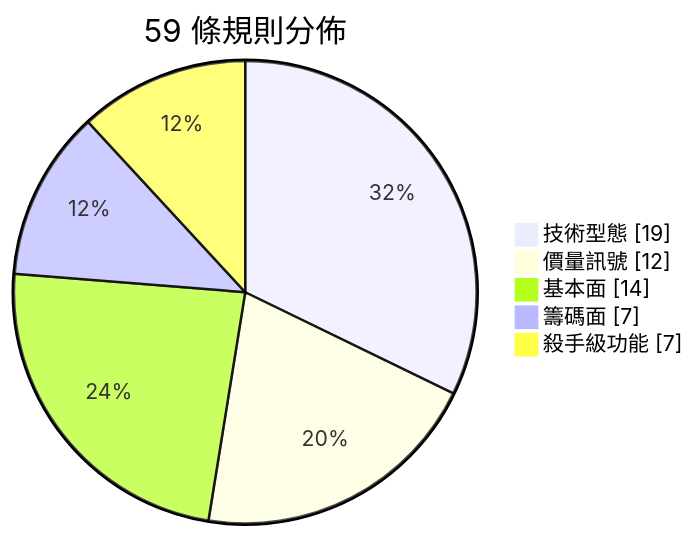
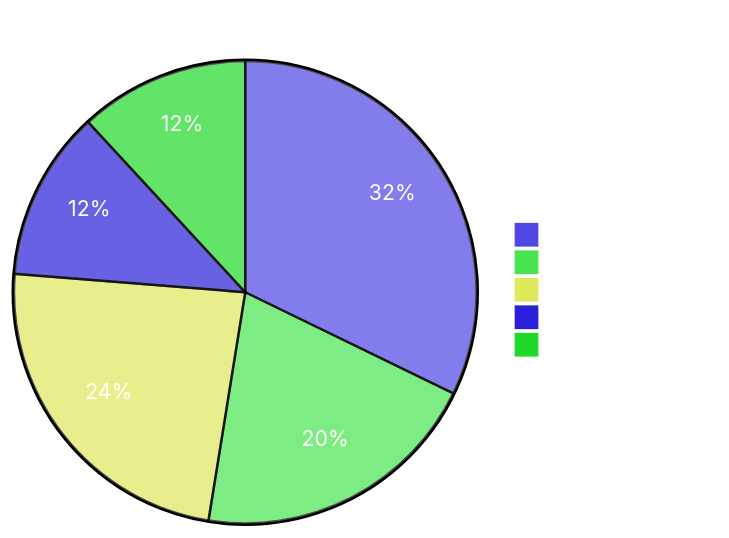
The second of 3 diagrams in docs/RULE_ENGINE.md (Neal75418/afterclose), drawn with Mermaid before and after one commit. The commit also changed other lines of this file and 4 other files, not shown here.

First line of the commit message:
docs: unify markdown style with professional Mermaid diagrams

````diff
--- a/docs/RULE_ENGINE.md
+++ b/docs/RULE_ENGINE.md
@@ -27,8 +33,9 @@
 ```mermaid
+%%{init: {'theme': 'base', 'themeVariables': {'primaryColor': '#4F46E5', 'primaryTextColor': '#fff', 'primaryBorderColor': '#3730A3', 'pieOuterStrokeWidth': '2px', 'fontSize': '14px'}}}%%
 pie showData title 59 條規則分佈
-    "技術型態" : 19
-    "價量訊號" : 12
-    "基本面" : 14
-    "籌碼面" : 7
-    "殺手級功能" : 7
+    "技術型態 (19)" : 19
+    "價量訊號 (12)" : 12
+    "基本面 (14)" : 14
+    "籌碼面 (7)" : 7
+    "殺手級功能 (7)" : 7
 ```
````
